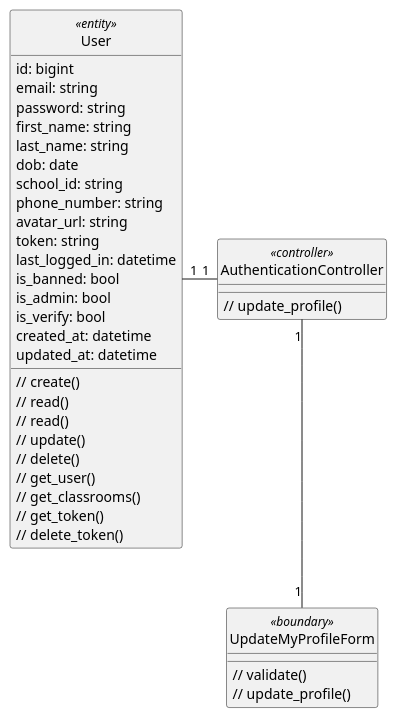
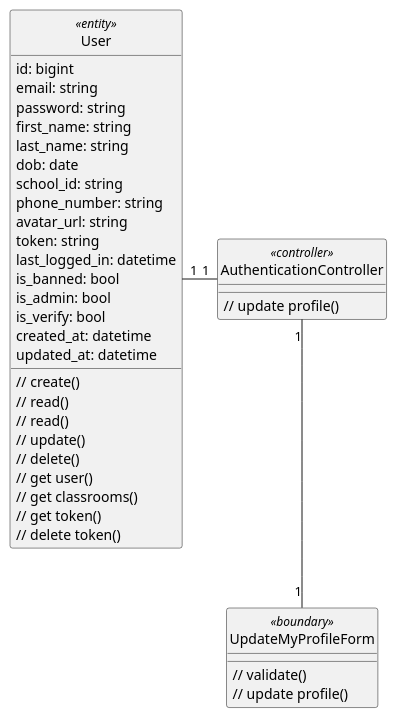
Before and after one commit to anonyhostvn/OOAD-Diagram: the diagram in class - analysis/authentication/updateMyProfile.plantuml, drawn with PlantUML. The commit also changed 6 other files, not shown here.

```diff
--- a/class - analysis/authentication/updateMyProfile.plantuml
+++ b/class - analysis/authentication/updateMyProfile.plantuml
@@ -1,50 +1,50 @@
 @startuml login
 
 class User <<entity>> {
     id: bigint
     email: string
     password: string
     first_name: string
     last_name: string
     dob: date
     school_id: string
     phone_number: string
     avatar_url: string
     token: string
     last_logged_in: datetime
     is_banned: bool
     is_admin: bool
     is_verify: bool
     created_at: datetime
     updated_at: datetime
 
     // create()
     // read()
     // read()
     // update()
     // delete()
-    // get_user()
-    // get_classrooms()
-    // get_token()
-    // delete_token()
+    // get user()
+    // get classrooms()
+    // get token()
+    // delete token()
 }
 
 class UpdateMyProfileForm <<boundary>> {
     // validate()
-    // update_profile()
+    // update profile()
 }
 
 class AuthenticationController <<controller>> {
-    // update_profile()
+    // update profile()
 }
 
 hide User <<entity>> circle
 hide UpdateMyProfileForm <<boundary>> circle
 hide AuthenticationController <<controller>> circle
 
 AuthenticationController "1" -left- "1" User
 AuthenticationController "1" -down- "1" UpdateMyProfileForm
 
 
 
 @enduml
```
